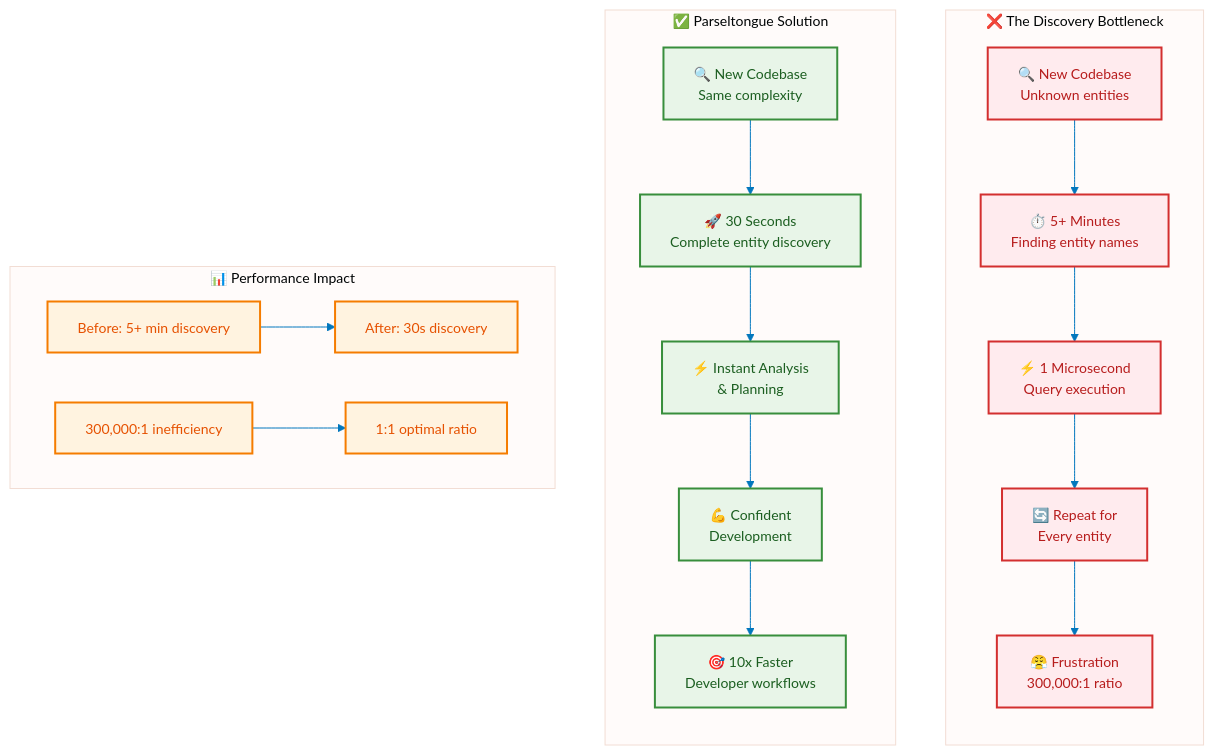
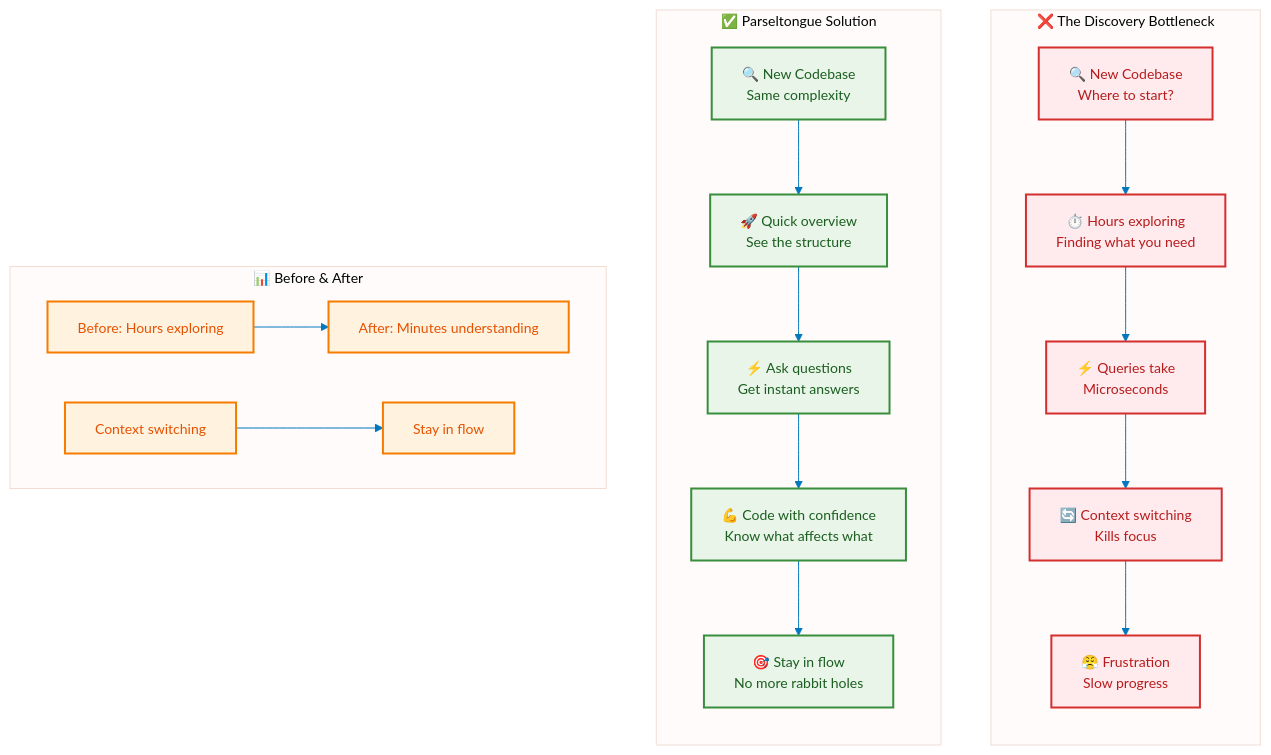
The first of 5 diagrams in README.md (that-in-rust/parseltongue), drawn with Mermaid before and after one commit. The commit also changed other lines of this file, not shown here.

Commit message:
Tone down dramatic language in README for more authentic style
- Remove "300,000:1 inefficiency ratio" claim that was too dramatic
- Simplify problem statement to be more believable and relatable
- Update Mermaid diagrams to reflect realistic pain points
- Maintain all technical accuracy while making approach reading more chill
- Keep valuable Mermaid diagrams while grounding the narrative

🤖 Generated with [Claude Code](https://claude.com/claude-code)

````diff
--- a/README.md
+++ b/README.md
@@ -9,37 +9,37 @@
 ```mermaid
 %%{init: {'theme':'base', 'themeVariables': {'primaryColor':'#e1f5fe', 'primaryTextColor':'#01579b', 'lineColor':'#0277bd', 'fontFamily':'Arial', 'fontSize':'14px'}}}%%
 flowchart TD
     subgraph "❌ The Discovery Bottleneck"
         direction TB
-        A["🔍 New Codebase<br/>Unknown entities"]
-        A --> B["⏱️ 5+ Minutes<br/>Finding entity names"]
-        B --> C["⚡ 1 Microsecond<br/>Query execution"]
-        C --> D["🔄 Repeat for<br/>Every entity"]
-        D --> E["😤 Frustration<br/>300,000:1 ratio"]
+        A["🔍 New Codebase<br/>Where to start?"]
+        A --> B["⏱️ Hours exploring<br/>Finding what you need"]
+        B --> C["⚡ Queries take<br/>Microseconds"]
+        C --> D["🔄 Context switching<br/>Kills focus"]
+        D --> E["😤 Frustration<br/>Slow progress"]
     end
 
     subgraph "✅ Parseltongue Solution"
         direction TB
         F["🔍 New Codebase<br/>Same complexity"]
-        F --> G["🚀 30 Seconds<br/>Complete entity discovery"]
-        G --> H["⚡ Instant Analysis<br/>& Planning"]
-        H --> I["💪 Confident<br/>Development"]
-        I --> J["🎯 10x Faster<br/>Developer workflows"]
+        F --> G["🚀 Quick overview<br/>See the structure"]
+        G --> H["⚡ Ask questions<br/>Get instant answers"]
+        H --> I["💪 Code with confidence<br/>Know what affects what"]
+        I --> J["🎯 Stay in flow<br/>No more rabbit holes"]
     end
 
     %% Performance comparison
-    subgraph "📊 Performance Impact"
+    subgraph "📊 Before & After"
         direction LR
-        K["Before: 5+ min discovery"] --> L["After: 30s discovery"]
-        M["300,000:1 inefficiency"] --> N["1:1 optimal ratio"]
+        K["Before: Hours exploring"] --> L["After: Minutes understanding"]
+        M["Context switching"] --> N["Stay in flow"]
     end
 
     %% Styling
     classDef problem fill:#ffebee,stroke:#d32f2f,stroke-width:2px,color:#b71c1c
     classDef solution fill:#e8f5e8,stroke:#388e3c,stroke-width:2px,color:#1b5e20
     classDef impact fill:#fff3e0,stroke:#f57c00,stroke-width:2px,color:#e65100
 
     class A,B,C,D,E problem
     class F,G,H,I,J solution
     class K,L,M,N impact
 ```
````
